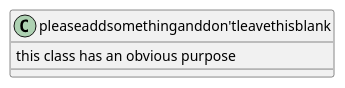
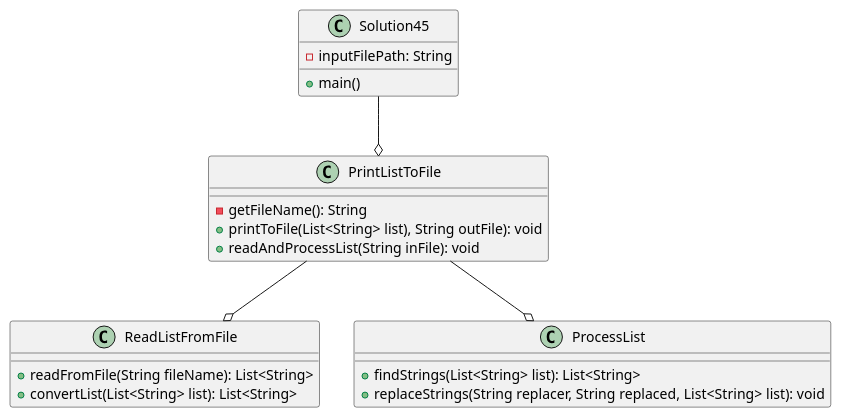
The diagram in exercise45/docs/exercise45_Diagram.puml (JMoore910/moore-a04), drawn with PlantUML before and after one commit. The commit also changed 57 other files, not shown here.

```diff
--- a/exercise45/docs/exercise45_Diagram.puml
+++ b/exercise45/docs/exercise45_Diagram.puml
@@ -1,14 +1,35 @@
 @startuml
 
 '/*
 ' *  UCF COP3330 Fall 2021 Assignment 4 Solutions
 ' *  Copyright 2021 Jeanne Moore
 ' */
 
 
-class pleaseaddsomethinganddon'tleavethisblank {
-    this class has an obvious purpose
+class Solution45 {
+    -inputFilePath: String
+    +main()
 }
+
+class ReadListFromFile {
+    +readFromFile(String fileName): List<String>
+    +convertList(List<String> list): List<String>
+}
+
+class PrintListToFile {
+    -getFileName(): String
+    +printToFile(List<String> list), String outFile): void
+    +readAndProcessList(String inFile): void
+}
+
+class ProcessList {
+    +findStrings(List<String> list): List<String>
+    +replaceStrings(String replacer, String replaced, List<String> list): void
+}
+
+Solution45 --o PrintListToFile
+PrintListToFile --o ReadListFromFile
+PrintListToFile --o ProcessList
 
 
 @enduml
```
